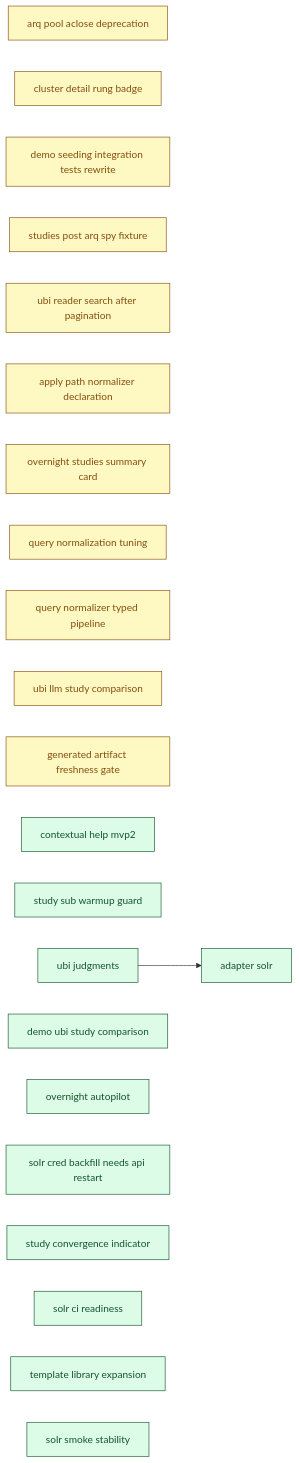
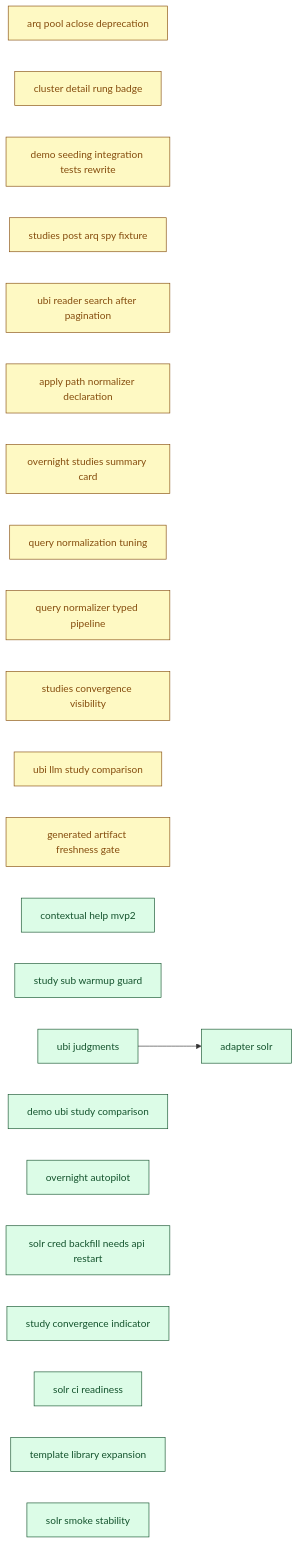
The diagram in docs/00_overview/MVP2_DASHBOARD.md (SoundMindsAI/relyloop), drawn with Mermaid before and after one commit. The commit also changed other lines of this file and 18 other files, not shown here.

First line of the commit message:
docs(research): complementary-architecture one-pager (three-layer handoff) (#421)

````diff
--- a/docs/00_overview/MVP2_DASHBOARD.md
+++ b/docs/00_overview/MVP2_DASHBOARD.md
@@ -107,53 +108,55 @@
 ```mermaid
 graph LR
   classDef done fill:#dcfce7,stroke:#14532d,color:#14532d;
   classDef implement fill:#ffedd5,stroke:#9a3412,color:#9a3412;
   classDef plan fill:#fef9c3,stroke:#854d0e,color:#854d0e;
   classDef spec fill:#dbeafe,stroke:#1e40af,color:#1e40af;
   classDef idea fill:#f1f5f9,stroke:#334155,color:#334155;
   chore_arq_pool_aclose_deprecation["arq pool aclose deprecation"]
   class chore_arq_pool_aclose_deprecation plan;
   chore_cluster_detail_rung_badge["cluster detail rung badge"]
   class chore_cluster_detail_rung_badge plan;
   chore_demo_seeding_integration_tests_rewrite["demo seeding integration tests rewrite"]
   class chore_demo_seeding_integration_tests_rewrite plan;
   chore_studies_post_arq_spy_fixture["studies post arq spy fixture"]
   class chore_studies_post_arq_spy_fixture plan;
   chore_ubi_reader_search_after_pagination["ubi reader search after pagination"]
   class chore_ubi_reader_search_after_pagination plan;
   feat_apply_path_normalizer_declaration["apply path normalizer declaration"]
   class feat_apply_path_normalizer_declaration plan;
   feat_overnight_studies_summary_card["overnight studies summary card"]
   class feat_overnight_studies_summary_card plan;
   feat_query_normalization_tuning["query normalization tuning"]
   class feat_query_normalization_tuning plan;
   feat_query_normalizer_typed_pipeline["query normalizer typed pipeline"]
   class feat_query_normalizer_typed_pipeline plan;
+  feat_studies_convergence_visibility["studies convergence visibility"]
+  class feat_studies_convergence_visibility plan;
   feat_ubi_llm_study_comparison["ubi llm study comparison"]
   class feat_ubi_llm_study_comparison plan;
   infra_generated_artifact_freshness_gate["generated artifact freshness gate"]
   class infra_generated_artifact_freshness_gate plan;
   feat_contextual_help_mvp2["contextual help mvp2"]
   class feat_contextual_help_mvp2 done;
   feat_study_sub_warmup_guard["study sub warmup guard"]
   class feat_study_sub_warmup_guard done;
   feat_ubi_judgments["ubi judgments"]
   class feat_ubi_judgments done;
   feat_demo_ubi_study_comparison["demo ubi study comparison"]
   class feat_demo_ubi_study_comparison done;
   feat_overnight_autopilot["overnight autopilot"]
   class feat_overnight_autopilot done;
   infra_adapter_solr["adapter solr"]
   class infra_adapter_solr done;
   chore_solr_cred_backfill_needs_api_restart["solr cred backfill needs api restart"]
   class chore_solr_cred_backfill_needs_api_restart done;
   feat_study_convergence_indicator["study convergence indicator"]
   class feat_study_convergence_indicator done;
   infra_solr_ci_readiness["solr ci readiness"]
   class infra_solr_ci_readiness done;
   chore_template_library_expansion["template library expansion"]
   class chore_template_library_expansion done;
   infra_solr_smoke_stability["solr smoke stability"]
   class infra_solr_smoke_stability done;
   feat_ubi_judgments --> infra_adapter_solr
 ```
````
